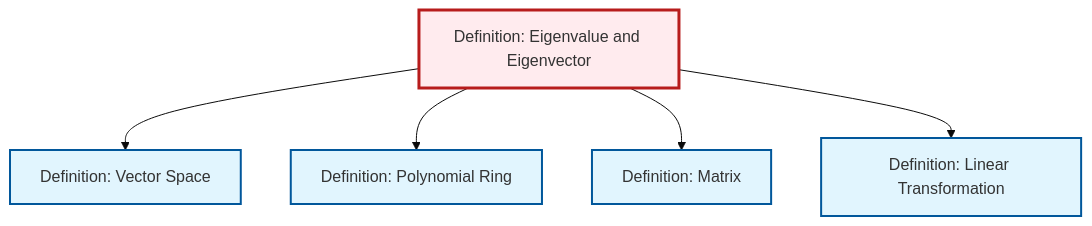
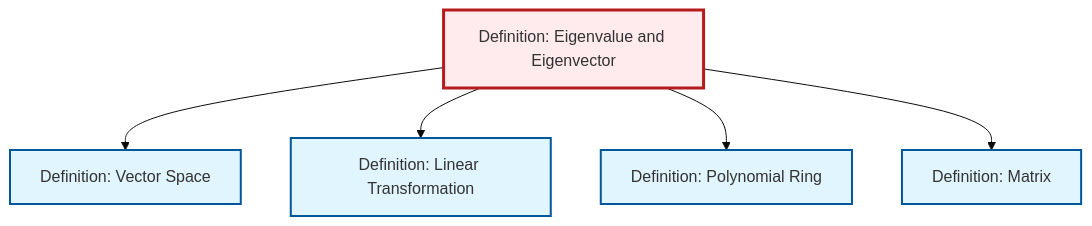
Before and after one commit to RK0429/ModernMath: the diagram in content/ja/algebra/def-eigenvalue-eigenvector.qmd, drawn with Mermaid (base theme). The commit also changed other lines of this file and 491 other files, not shown here.

````diff
--- a/content/ja/algebra/def-eigenvalue-eigenvector.qmd
+++ b/content/ja/algebra/def-eigenvalue-eigenvector.qmd
@@ -76,23 +76,23 @@
 ```{mermaid}
 %%| fig-cap: "Local dependency graph"
 graph TD
     classDef definition fill:#e1f5fe,stroke:#01579b,stroke-width:2px
     classDef theorem fill:#f3e5f5,stroke:#4a148c,stroke-width:2px
     classDef axiom fill:#fff3e0,stroke:#e65100,stroke-width:2px
     classDef example fill:#e8f5e9,stroke:#1b5e20,stroke-width:2px
     classDef current fill:#ffebee,stroke:#b71c1c,stroke-width:3px
+    def-eigenvalue-eigenvector["Definition: Eigenvalue and Eigenvector"]:::definition
     def-polynomial-ring["Definition: Polynomial Ring"]:::definition
     def-linear-transformation["Definition: Linear Transformation"]:::definition
+    def-vector-space["Definition: Vector Space"]:::definition
     def-matrix["Definition: Matrix"]:::definition
-    def-eigenvalue-eigenvector["Definition: Eigenvalue and Eigenvector"]:::definition
-    def-vector-space["Definition: Vector Space"]:::definition
     def-eigenvalue-eigenvector --> def-vector-space
+    def-eigenvalue-eigenvector --> def-linear-transformation
     def-eigenvalue-eigenvector --> def-polynomial-ring
     def-eigenvalue-eigenvector --> def-matrix
-    def-eigenvalue-eigenvector --> def-linear-transformation
     class def-eigenvalue-eigenvector current
     click def-polynomial-ring "def-polynomial-ring.html" "Definition: Polynomial Ringへ"
     click def-linear-transformation "def-linear-transformation.html" "Definition: Linear Transformationへ"
+    click def-vector-space "def-vector-space.html" "Definition: Vector Spaceへ"
     click def-matrix "def-matrix.html" "Definition: Matrixへ"
-    click def-vector-space "def-vector-space.html" "Definition: Vector Spaceへ"
 ```
````
